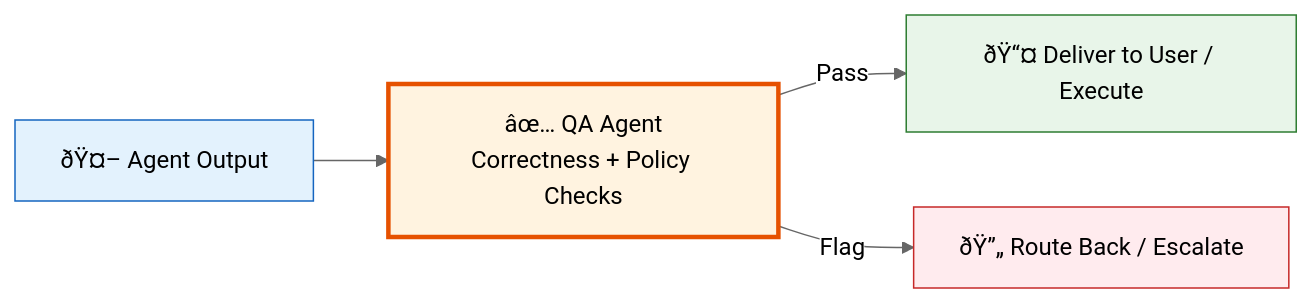
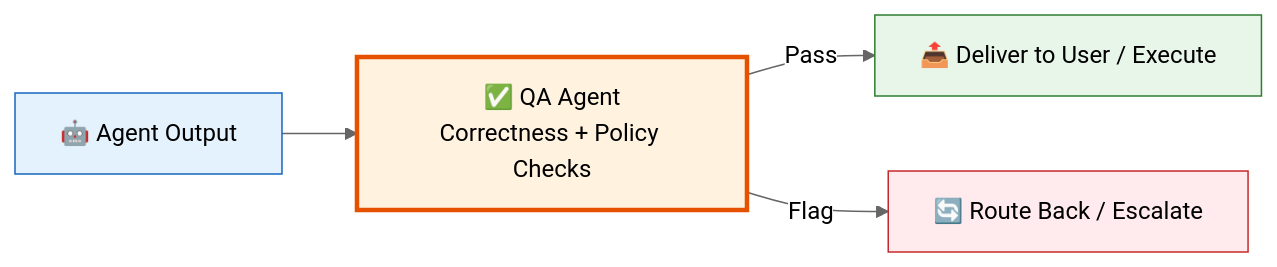
Before and after one commit to Driftloom/Vaeloom: the diagram in Docs/Testing/README.md, drawn with Mermaid (neutral theme). The commit also changed other lines of this file and 11 other files, not shown here.

````diff
--- a/Docs/Testing/README.md
+++ b/Docs/Testing/README.md
@@ -41,16 +41,16 @@
 ```mermaid
 graph LR
-    AO["ðŸ¤– Agent Output"] --> QA["âœ… QA Agent<br/>Correctness + Policy Checks"]
-    QA -->|Pass| DEL["ðŸ“¤ Deliver to User / Execute"]
-    QA -->|Flag| RB["ðŸ”„ Route Back / Escalate"]
+    AO["🤖 Agent Output"] --> QA["✅ QA Agent<br/>Correctness + Policy Checks"]
+    QA -->|Pass| DEL["📤 Deliver to User / Execute"]
+    QA -->|Flag| RB["🔄 Route Back / Escalate"]
 
     classDef output fill:#e3f2fd,stroke:#1565c0
     classDef qa fill:#fff3e0,stroke:#e65100,stroke-width:3px
     classDef result fill:#e8f5e9,stroke:#2e7d32
     classDef flag fill:#ffebee,stroke:#c62828
 
     class AO output
     class QA qa
     class DEL result
     class RB flag
 ```
````
